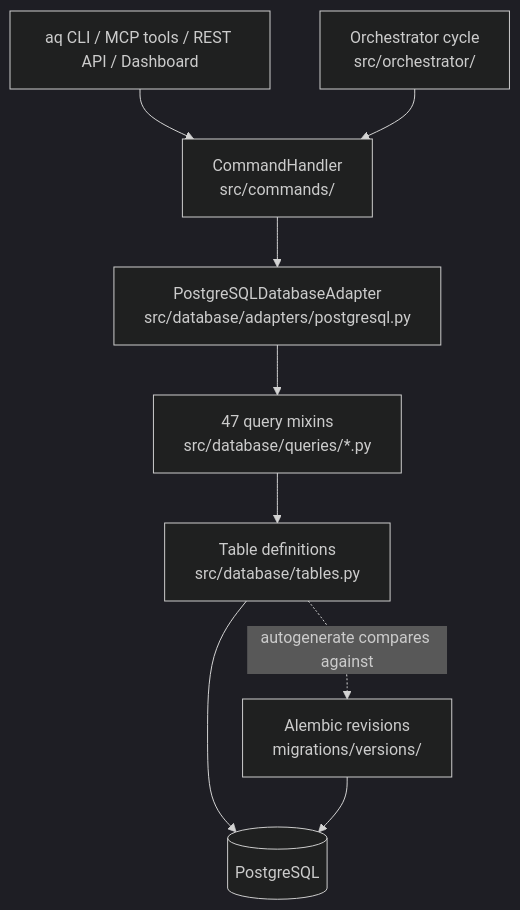
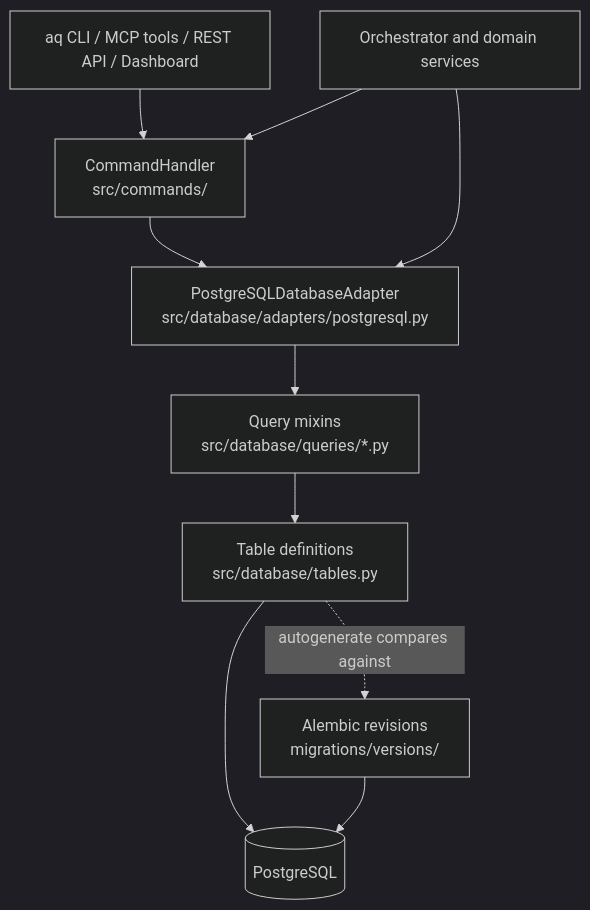
One commit to ElectricJack/agent-queue changed the first of 5 diagrams in docs/reference/database/README.md. Above: the diagram before and after it, drawn with Mermaid (dark theme). The commit also changed other lines of this file and 15 other files, not shown here.

Commit message:
docs: align daemon-core architecture with current behavior

````diff
--- a/docs/reference/database/README.md
+++ b/docs/reference/database/README.md
@@ -74,11 +76,12 @@
 ```mermaid
 flowchart TD
     CLI["aq CLI / MCP tools / REST API / Dashboard"] --> H["CommandHandler<br/>src/commands/"]
-    ORCH["Orchestrator cycle<br/>src/orchestrator/"] --> H
+    ORCH["Orchestrator and domain services"] --> H
+    ORCH --> A
     H --> A["PostgreSQLDatabaseAdapter<br/>src/database/adapters/postgresql.py"]
-    A --> Q["47 query mixins<br/>src/database/queries/*.py"]
+    A --> Q["Query mixins<br/>src/database/queries/*.py"]
     Q --> T["Table definitions<br/>src/database/tables.py"]
     T --> PG[("PostgreSQL")]
     M["Alembic revisions<br/>migrations/versions/"] --> PG
     T -. "autogenerate compares against" .-> M
 ```
````
